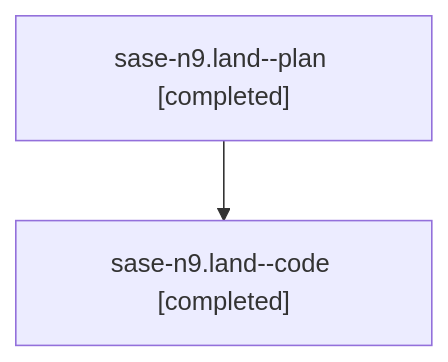
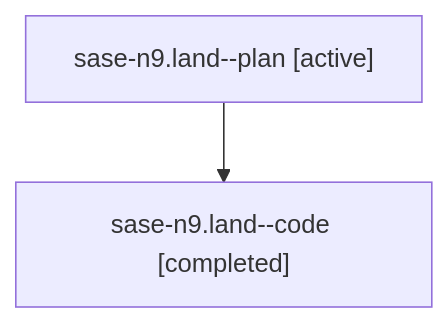
The diagram in families/bbugyi200.athena.sase-n9.land.md (sase-org/sase--agents), drawn with Mermaid before and after one commit. The commit also changed other lines of this file and 35830 other files, not shown here.

````diff
--- a/families/bbugyi200.athena.sase-n9.land.md
+++ b/families/bbugyi200.athena.sase-n9.land.md
@@ -9,6 +9,6 @@
 ```mermaid
 flowchart TD
-  n0["sase-n9.land--plan [completed]"]
+  n0["sase-n9.land--plan [active]"]
   n1["sase-n9.land--code [completed]"]
   n0 --> n1
 ```
````
